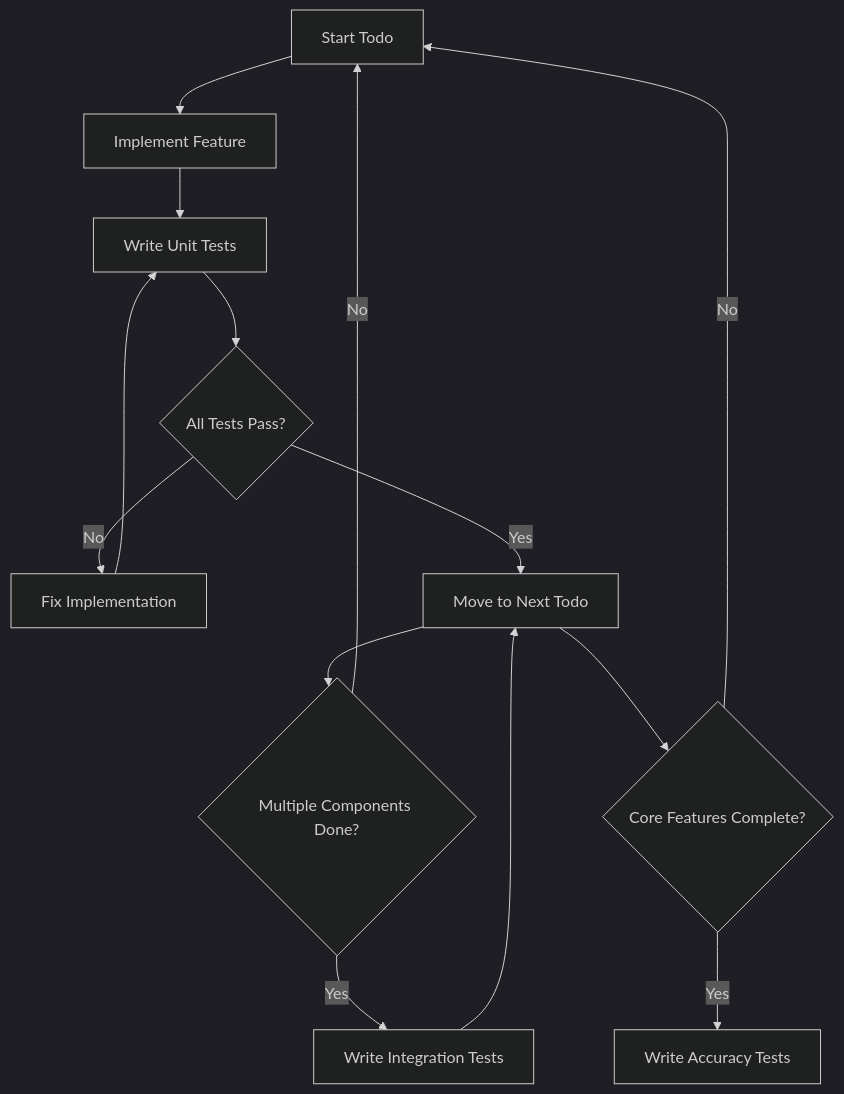
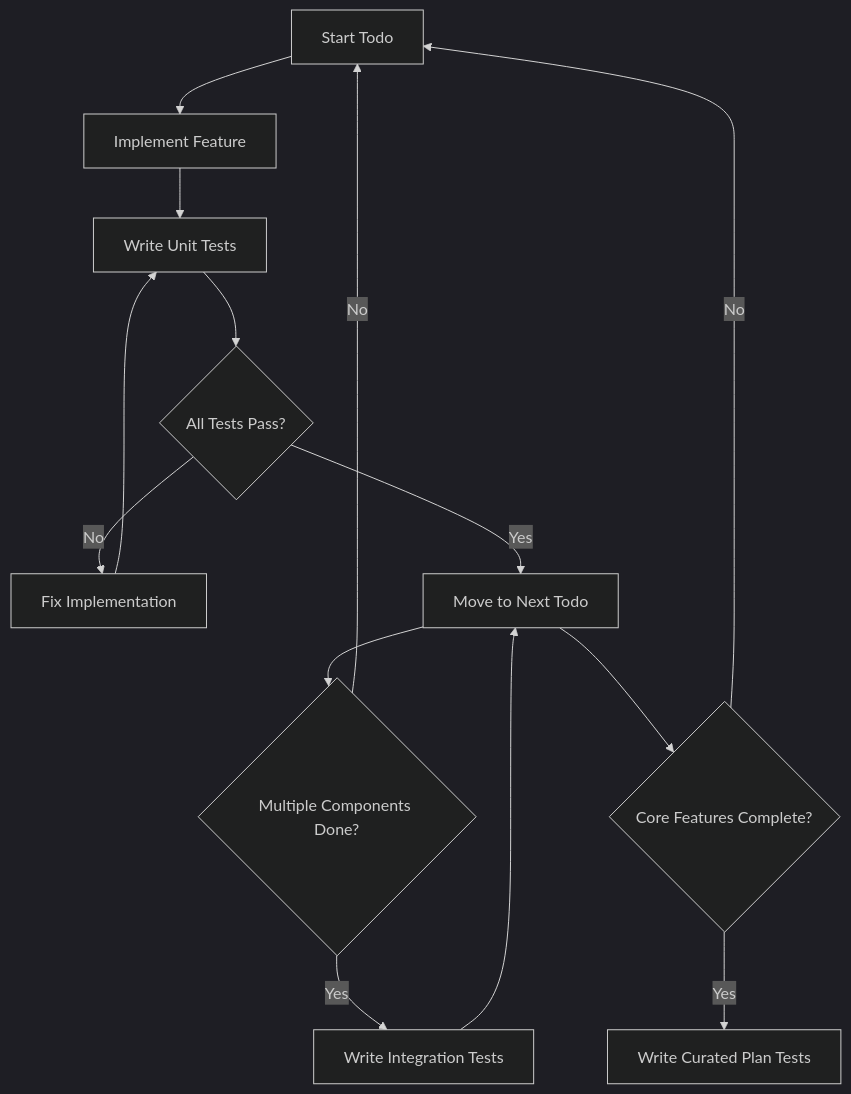
The second of 2 diagrams in .cursor/plans/multimodal_blueprint_extraction_5b8750f3.plan.md (mjoshua97241/space-code-copilot), drawn with Mermaid (dark theme) before and after one commit. The commit also changed other lines of this file, not shown here.

Commit message:
Restored plan

````diff
--- a/.cursor/plans/multimodal_blueprint_extraction_5b8750f3.plan.md
+++ b/.cursor/plans/multimodal_blueprint_extraction_5b8750f3.plan.md
@@ -517,18 +529,18 @@
 ```mermaid
 flowchart TD
     Start[Start Todo] --> Implement[Implement Feature]
     Implement --> UnitTest[Write Unit Tests]
     UnitTest --> Pass{All Tests Pass?}
     Pass -->|No| Fix[Fix Implementation]
     Fix --> UnitTest
     Pass -->|Yes| Next[Move to Next Todo]
     
     Next --> Integrate{Multiple Components Done?}
     Integrate -->|Yes| IntegrationTest[Write Integration Tests]
     IntegrationTest --> Next
     Integrate -->|No| Start
     
     Next --> E2E{Core Features Complete?}
-    E2E -->|Yes| AccuracyTest[Write Accuracy Tests]
+    E2E -->|Yes| CuratedTest[Write Curated Plan Tests]
     E2E -->|No| Start
 ```
````
